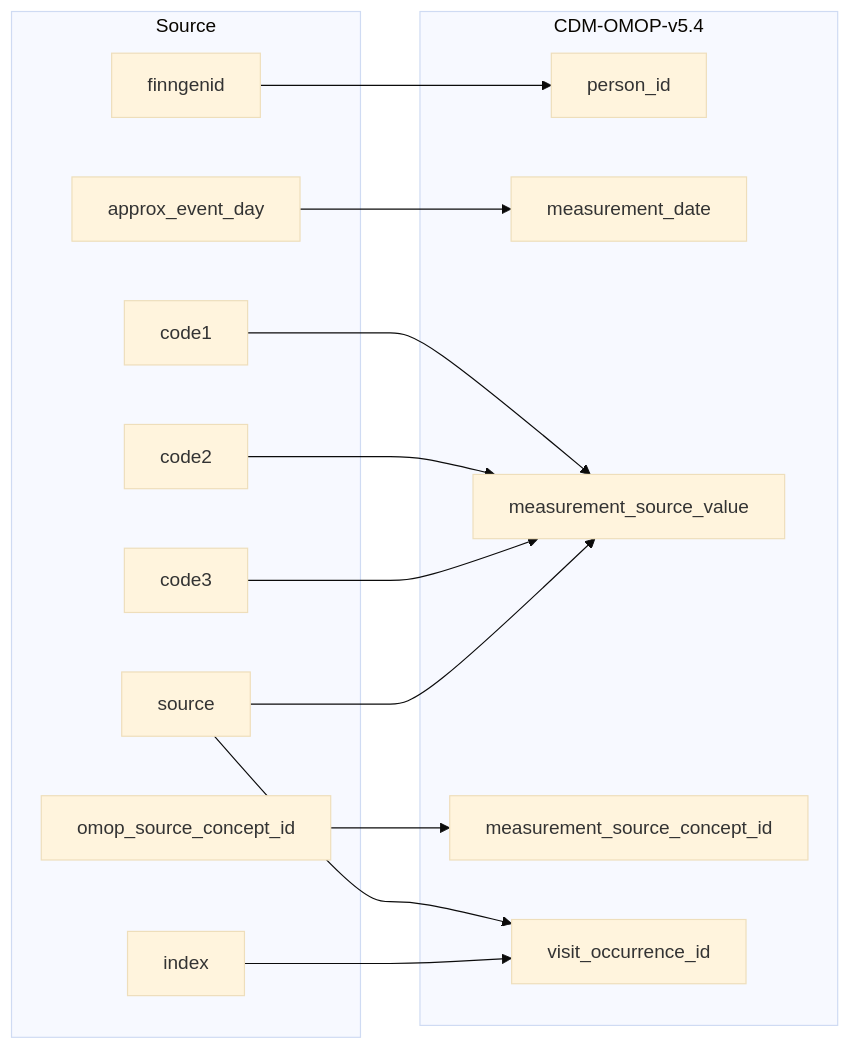
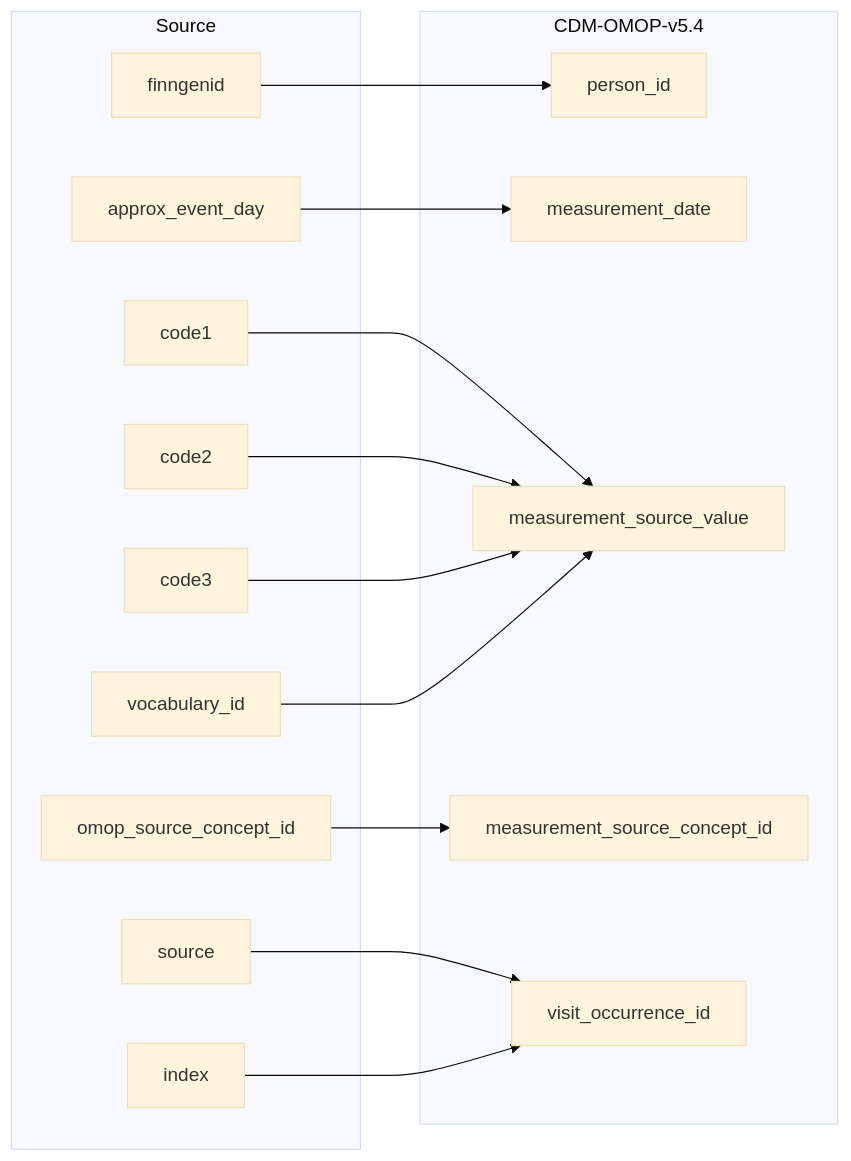
Before and after one commit to FINNGEN/ETL: the diagram in 2_etl_specifications/documentation/stem_to_measurement.md, drawn with Mermaid. The commit also changed other lines of this file and 14 other files, not shown here.

First line of the commit message:
Change _source_value format from SOURCE=source to VOCAB=vocabulary_id in all domain tables

````diff
--- a/2_etl_specifications/documentation/stem_to_measurement.md
+++ b/2_etl_specifications/documentation/stem_to_measurement.md
@@ -11,33 +11,34 @@
 ```mermaid
 %%{init: {'theme': 'base' } }%%
 %%{init: {'theme': 'base' } }%%
 flowchart LR
     subgraph Source
         finngenid
         source
         approx_event_day
         code1
         code2
         code3
         index
+        vocabulary_id
         omop_source_concept_id
     end
 
     subgraph CDM-OMOP-v5.4
         person_id
         measurement_date
         measurement_source_value
         measurement_source_concept_id
         visit_occurrence_id
     end
 
     finngenid-->person_id
     approx_event_day-->measurement_date
     code1-->measurement_source_value
     code2-->measurement_source_value
     code3-->measurement_source_value
-    source-->measurement_source_value
+    vocabulary_id-->measurement_source_value
     omop_source_concept_id-->measurement_source_concept_id
     source-->visit_occurrence_id
     index-->visit_occurrence_id
 ```
````
